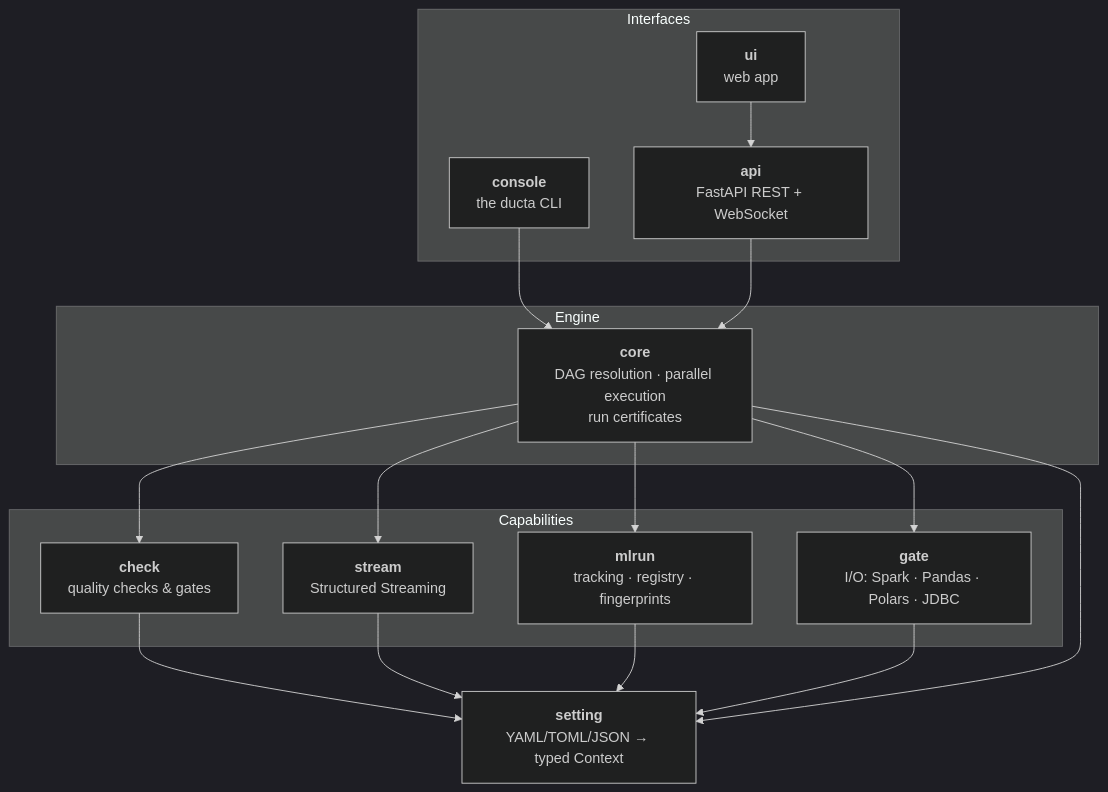
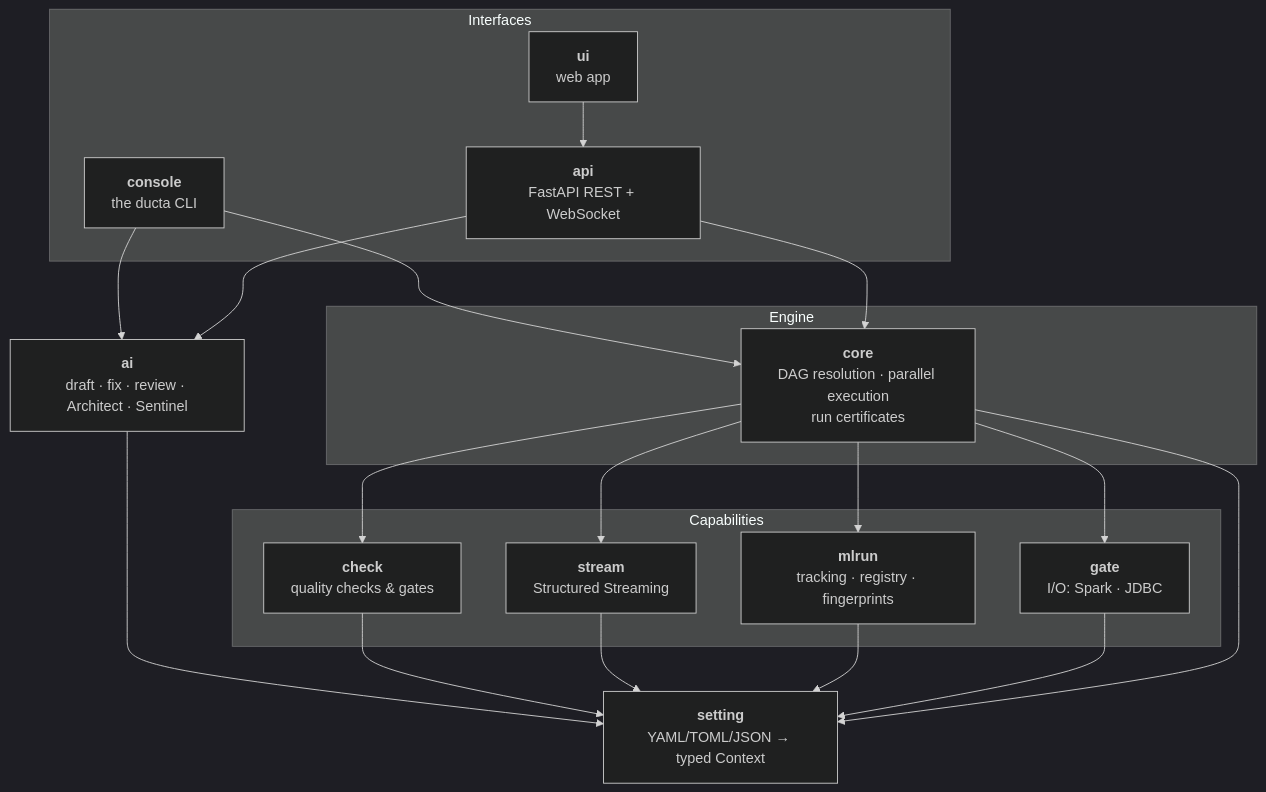
Before and after one commit to faustinolopezramos/ducta: the second of 2 diagrams in README.md, drawn with Mermaid (dark theme). The commit also changed other lines of this file and 46 other files, not shown here.

````diff
--- a/README.md
+++ b/README.md
@@ -550,28 +557,32 @@
 ```mermaid
 flowchart TD
     subgraph Interfaces
         CLI["<b>console</b><br/>the ducta CLI"]
         API["<b>api</b><br/>FastAPI REST + WebSocket"]
         UI["<b>ui</b><br/>web app"]
     end
 
     subgraph Engine
         CORE["<b>core</b><br/>DAG resolution · parallel execution<br/>run certificates"]
     end
 
     subgraph Capabilities
         CHECK["<b>check</b><br/>quality checks & gates"]
         STREAM["<b>stream</b><br/>Structured Streaming"]
         MLRUN["<b>mlrun</b><br/>tracking · registry · fingerprints"]
-        GATE["<b>gate</b><br/>I/O: Spark · Pandas · Polars · JDBC"]
+        GATE["<b>gate</b><br/>I/O: Spark · JDBC"]
     end
+
+    AI["<b>ai</b><br/>draft · fix · review · Architect · Sentinel"]
 
     SET["<b>setting</b><br/>YAML/TOML/JSON → typed Context"]
 
     UI --> API
     CLI --> CORE
     API --> CORE
+    CLI & API --> AI
+    AI --> SET
     CORE --> CHECK & STREAM & MLRUN & GATE
     CHECK & STREAM & MLRUN & GATE --> SET
     CORE --> SET
 ```
````
